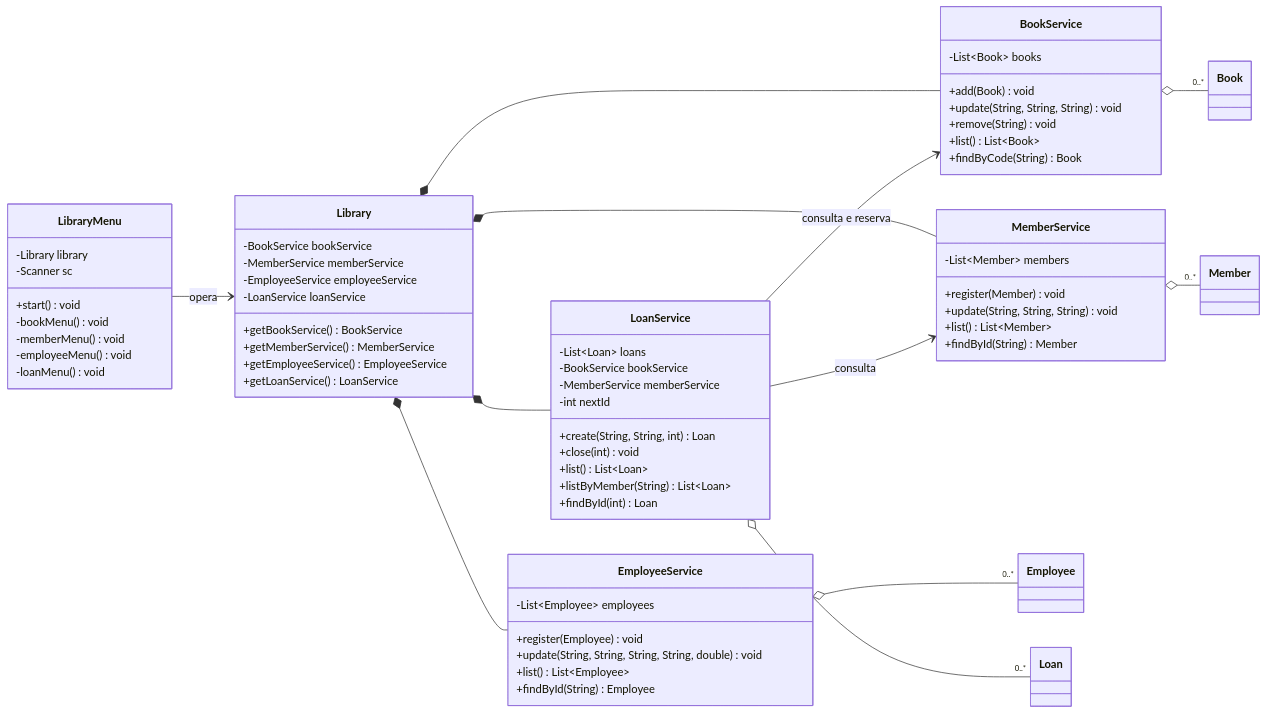
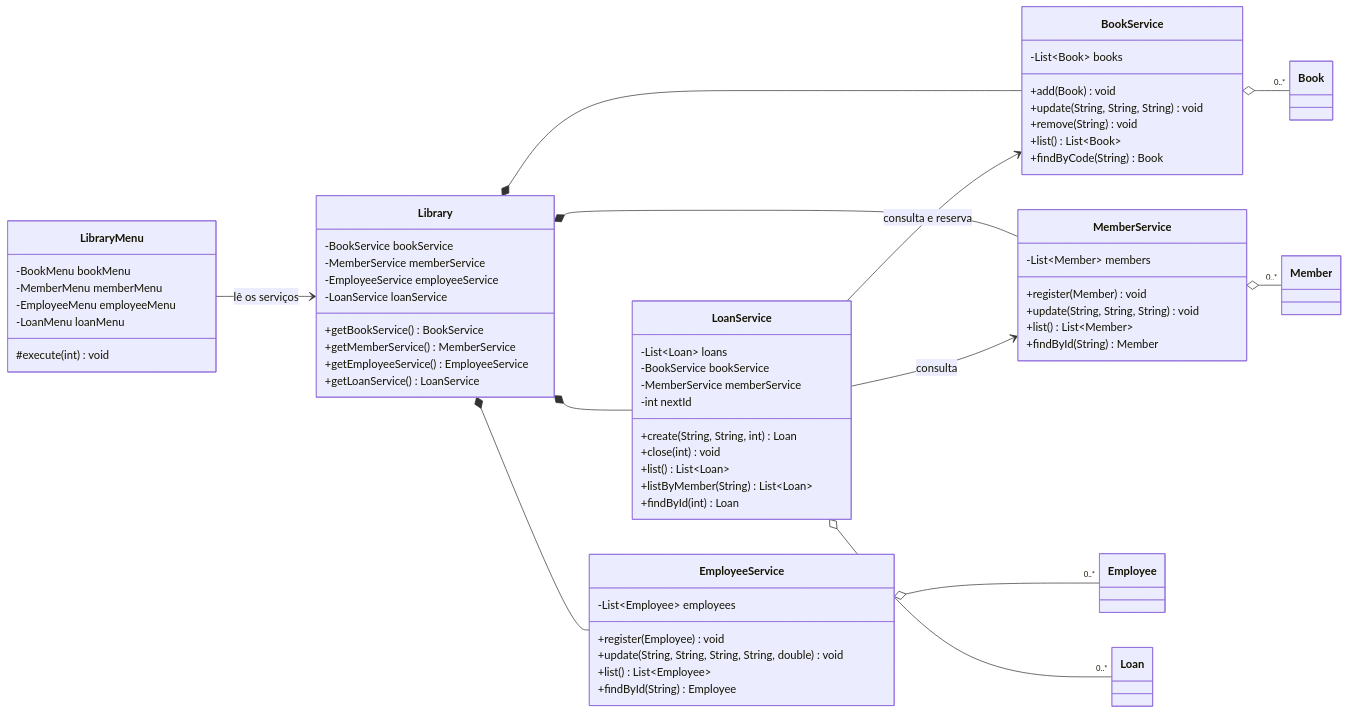
The second of 5 diagrams in library-management/docs/diagrama-de-classes.md (lucasrodriguescunha/laboratorio-de-programacao), drawn with Mermaid before and after one commit. The commit also changed other lines of this file and 1 other file, not shown here.

First line of the commit message:
docs: describe the split menu in the README and the diagram

````diff
--- a/library-management/docs/diagrama-de-classes.md
+++ b/library-management/docs/diagrama-de-classes.md
@@ -169,69 +176,67 @@
 ```mermaid
 classDiagram
 direction LR
 
 class LibraryMenu {
-    -Library library
-    -Scanner sc
-    +start() void
-    -bookMenu() void
-    -memberMenu() void
-    -employeeMenu() void
-    -loanMenu() void
+    -BookMenu bookMenu
+    -MemberMenu memberMenu
+    -EmployeeMenu employeeMenu
+    -LoanMenu loanMenu
+    #execute(int) void
 }
 class Library {
     -BookService bookService
     -MemberService memberService
     -EmployeeService employeeService
     -LoanService loanService
     +getBookService() BookService
     +getMemberService() MemberService
     +getEmployeeService() EmployeeService
     +getLoanService() LoanService
 }
 class BookService {
     -List~Book~ books
     +add(Book) void
     +update(String, String, String) void
     +remove(String) void
     +list() List~Book~
     +findByCode(String) Book
 }
 class MemberService {
     -List~Member~ members
     +register(Member) void
     +update(String, String, String) void
     +list() List~Member~
     +findById(String) Member
 }
 class EmployeeService {
     -List~Employee~ employees
     +register(Employee) void
     +update(String, String, String, String, double) void
     +list() List~Employee~
     +findById(String) Employee
 }
 class LoanService {
     -List~Loan~ loans
     -BookService bookService
     -MemberService memberService
     -int nextId
     +create(String, String, int) Loan
     +close(int) void
     +list() List~Loan~
     +listByMember(String) List~Loan~
     +findById(int) Loan
 }
 
-LibraryMenu --> Library : opera
+LibraryMenu --> Library : lê os serviços
 Library *-- BookService
 Library *-- MemberService
 Library *-- EmployeeService
 Library *-- LoanService
 LoanService --> BookService : consulta e reserva
 LoanService --> MemberService : consulta
 BookService o-- "0..*" Book
 MemberService o-- "0..*" Member
 EmployeeService o-- "0..*" Employee
 LoanService o-- "0..*" Loan
 ```
````
